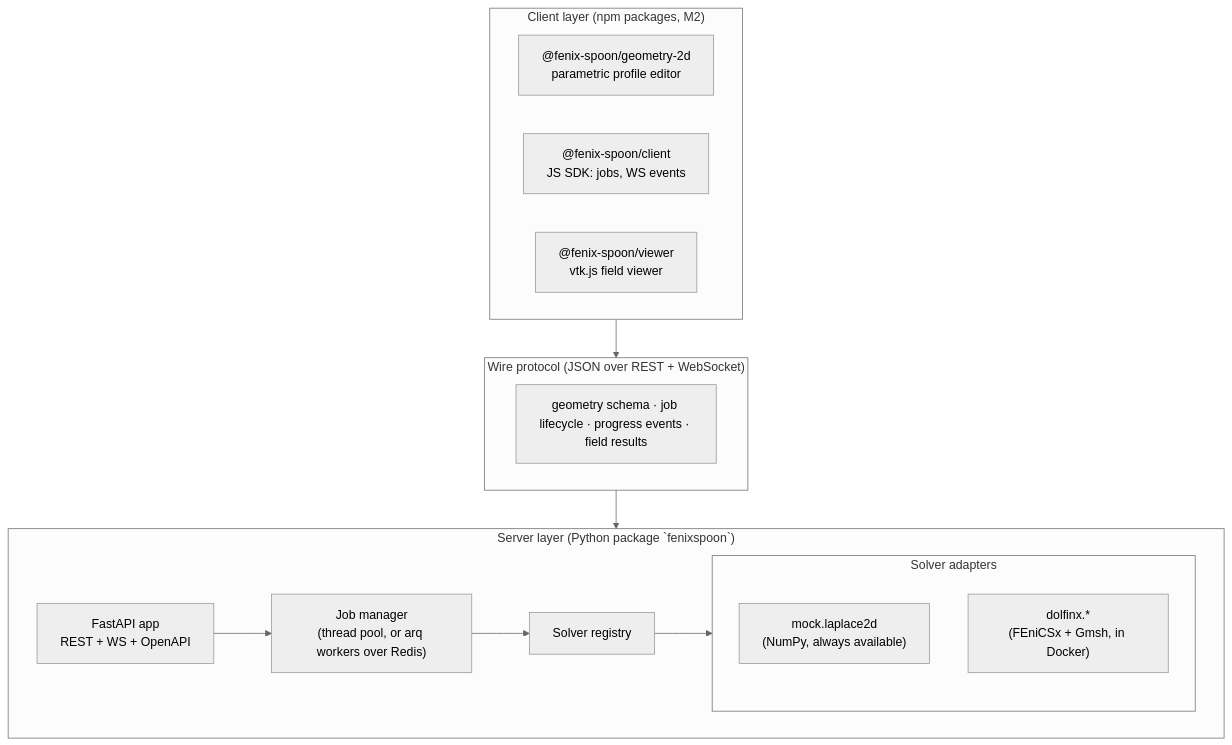
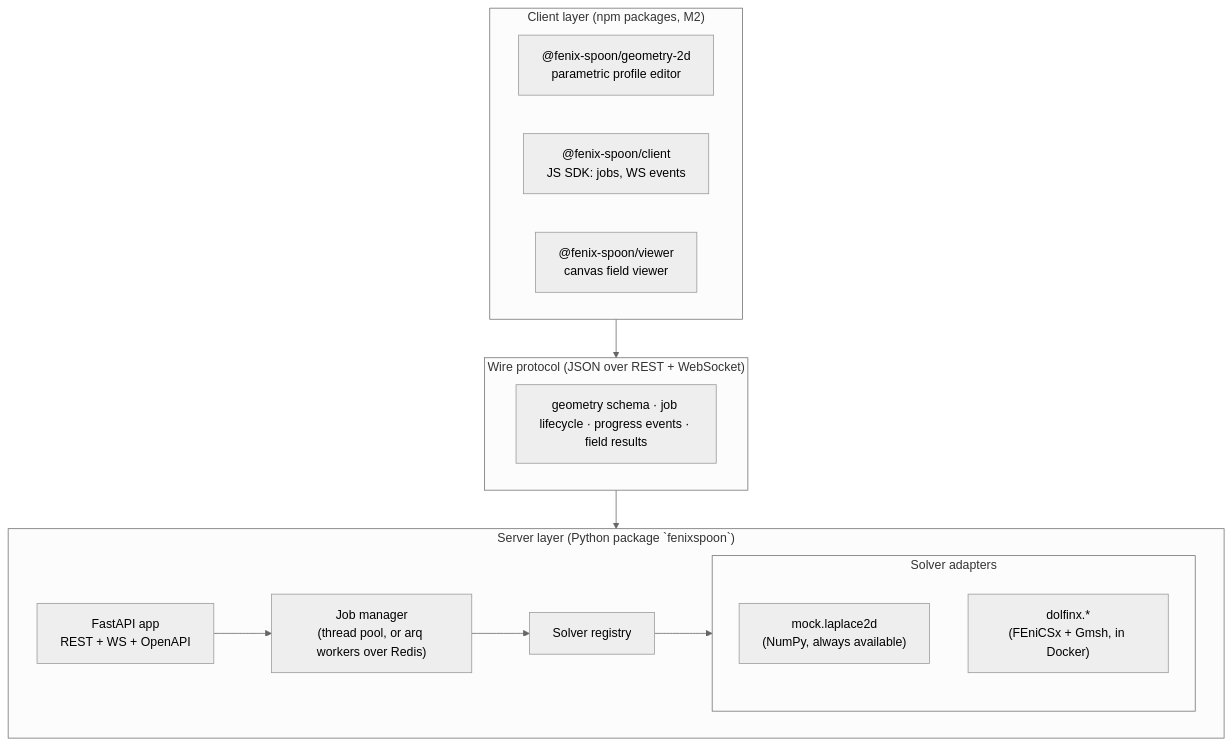
One commit to mandaloriat/fenix-spoon changed the diagram in docs/02-architecture.md. Above: the diagram before and after it, drawn with Mermaid (neutral theme). The commit also changed other lines of this file, not shown here.

First line of the commit message:
Correct the viewer in the architecture diagram: canvas, not vtk.js

````diff
--- a/docs/02-architecture.md
+++ b/docs/02-architecture.md
@@ -6,23 +6,23 @@
 ```mermaid
 flowchart TB
     subgraph client["Client layer (npm packages, M2)"]
         direction LR
         GEO["@fenix-spoon/geometry-2d<br/>parametric profile editor"]
         SDK["@fenix-spoon/client<br/>JS SDK: jobs, WS events"]
-        VIEW["@fenix-spoon/viewer<br/>vtk.js field viewer"]
+        VIEW["@fenix-spoon/viewer<br/>canvas field viewer"]
     end
     subgraph proto["Wire protocol (JSON over REST + WebSocket)"]
         P1["geometry schema · job lifecycle · progress events · field results"]
     end
     subgraph server["Server layer (Python package `fenixspoon`)"]
         API["FastAPI app<br/>REST + WS + OpenAPI"]
         JOBS["Job manager<br/>(thread pool, or arq workers over Redis)"]
         REG["Solver registry"]
         subgraph adapters["Solver adapters"]
             MOCK["mock.laplace2d<br/>(NumPy, always available)"]
             DFX["dolfinx.*<br/>(FEniCSx + Gmsh, in Docker)"]
         end
     end
     client --> proto --> server
     API --> JOBS --> REG --> adapters
 ```
````
